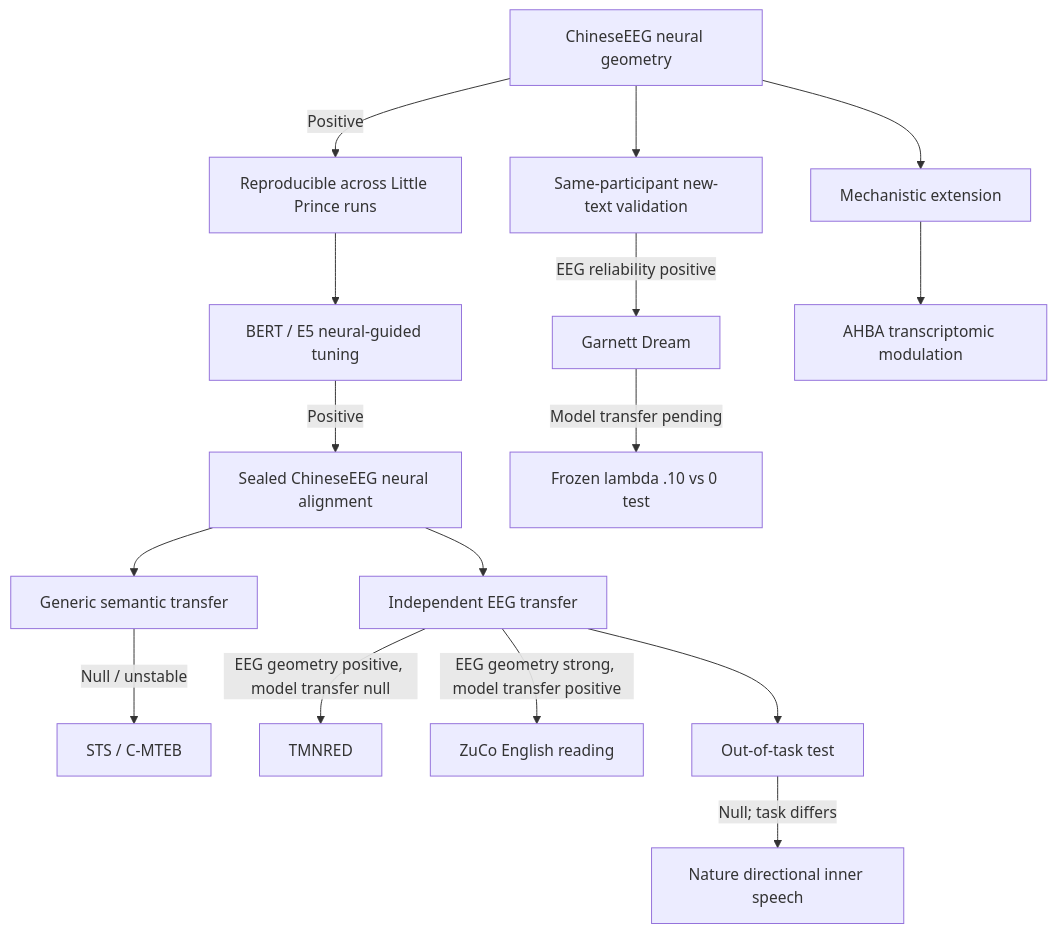
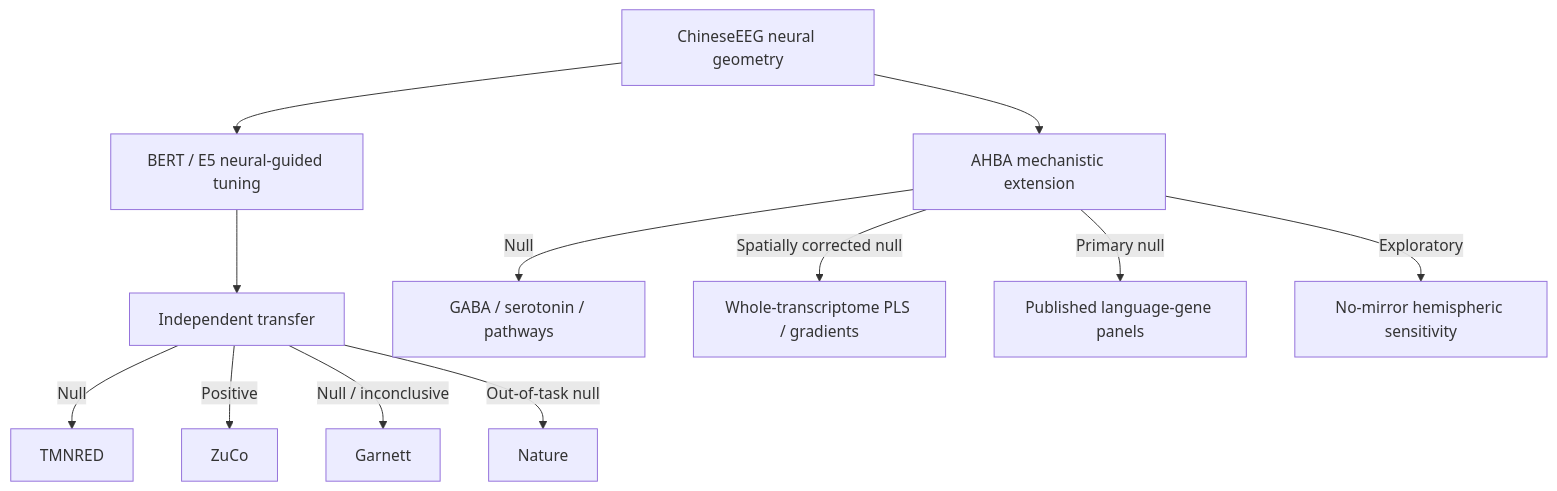
One commit to vafaei-ar/NeuroSem changed the diagram in docs/3_RESULTS_AND_COMPARISONS.md. Above: the diagram before and after it, drawn with Mermaid. The commit also changed other lines of this file, not shown here.

Commit message:
Refresh numerical results with Garnett and AHBA outcomes

````diff
--- a/docs/3_RESULTS_AND_COMPARISONS.md
+++ b/docs/3_RESULTS_AND_COMPARISONS.md
@@ -22,23 +20,15 @@
 ```mermaid
 flowchart TD
-    A[ChineseEEG neural geometry] -->|Positive| B[Reproducible across Little Prince runs]
-    B --> C[BERT / E5 neural-guided tuning]
-    C -->|Positive| D[Sealed ChineseEEG neural alignment]
+    A[ChineseEEG neural geometry] --> B[BERT / E5 neural-guided tuning]
+    B --> C[Independent transfer]
+    C -->|Null| C1[TMNRED]
+    C -->|Positive| C2[ZuCo]
+    C -->|Null / inconclusive| C3[Garnett]
+    C -->|Out-of-task null| C4[Nature]
 
-    D --> E[Generic semantic transfer]
-    E -->|Null / unstable| E1[STS / C-MTEB]
-
-    D --> F[Independent EEG transfer]
-    F -->|EEG geometry positive, model transfer null| F1[TMNRED]
-    F -->|EEG geometry strong, model transfer positive| F2[ZuCo English reading]
-
-    A --> G[Same-participant new-text validation]
-    G -->|EEG reliability positive| G1[Garnett Dream]
-    G1 -->|Model transfer pending| G2[Frozen lambda .10 vs 0 test]
-
-    F --> H[Out-of-task test]
-    H -->|Null; task differs| H1[Nature directional inner speech]
-
-    A --> M[Mechanistic extension]
-    M --> M1[AHBA transcriptomic modulation]
+    A --> M[AHBA mechanistic extension]
+    M -->|Null| M1[GABA / serotonin / pathways]
+    M -->|Spatially corrected null| M2[Whole-transcriptome PLS / gradients]
+    M -->|Primary null| M3[Published language-gene panels]
+    M -->|Exploratory| M4[No-mirror hemispheric sensitivity]
 ```
````
